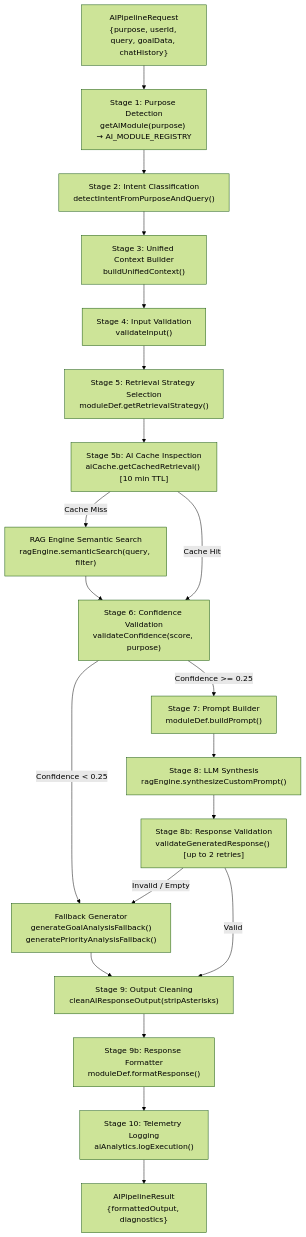
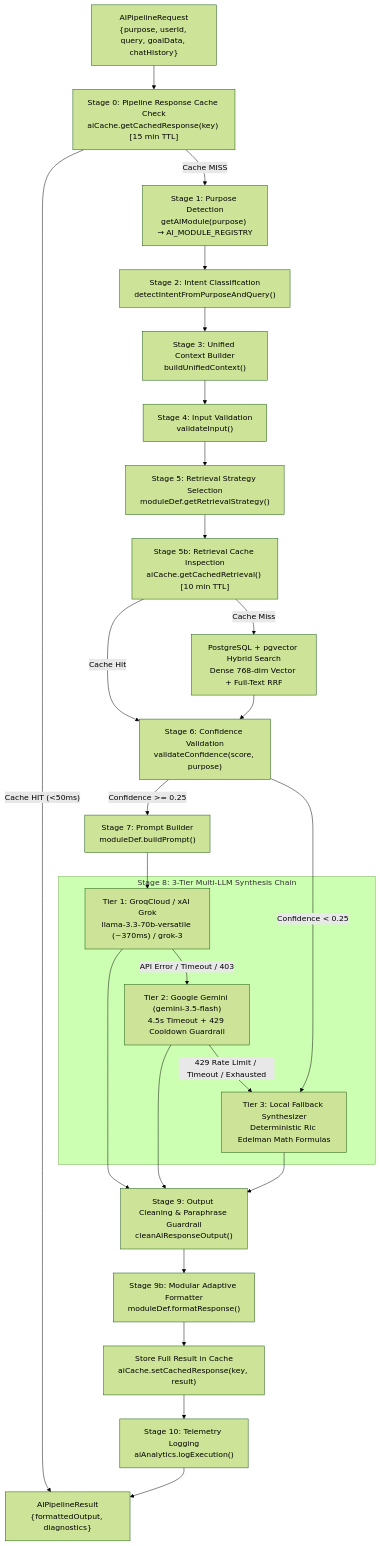
One commit to AbhayBhise/Personal-Wealth-Management-Module--Weallth changed the fourth of 9 diagrams in PROJECT_DOCUMENTATION.md. Above: the diagram before and after it, drawn with Mermaid (forest theme). The commit also changed other lines of this file and 3 other files, not shown here.

Commit message:
docs: update PROJECT_DOCUMENTATION.md and README.md with 3-tier LLM fallback, pgvector, and caching architecture

````diff
--- a/PROJECT_DOCUMENTATION.md
+++ b/PROJECT_DOCUMENTATION.md
@@ -570,40 +572,50 @@
 ```mermaid
 graph TB
     REQUEST["AIPipelineRequest<br/>{purpose, userId, query, goalData, chatHistory}"]
+    CACHE_CHECK["Stage 0: Pipeline Response Cache Check<br/>aiCache.getCachedResponse(key) [15 min TTL]"]
     STAGE1["Stage 1: Purpose Detection<br/>getAIModule(purpose) → AI_MODULE_REGISTRY"]
     STAGE2["Stage 2: Intent Classification<br/>detectIntentFromPurposeAndQuery()"]
     STAGE3["Stage 3: Unified Context Builder<br/>buildUnifiedContext()"]
     STAGE4["Stage 4: Input Validation<br/>validateInput()"]
     STAGE5["Stage 5: Retrieval Strategy Selection<br/>moduleDef.getRetrievalStrategy()"]
-    CACHE["Stage 5b: AI Cache Inspection<br/>aiCache.getCachedRetrieval() [10 min TTL]"]
-    RETRIEVAL["RAG Engine Semantic Search<br/>ragEngine.semanticSearch(query, filter)"]
+    RET_CACHE["Stage 5b: Retrieval Cache Inspection<br/>aiCache.getCachedRetrieval() [10 min TTL]"]
+    RETRIEVAL["PostgreSQL + pgvector Hybrid Search<br/>Dense 768-dim Vector + Full-Text RRF"]
     STAGE6["Stage 6: Confidence Validation<br/>validateConfidence(score, purpose)"]
     STAGE7["Stage 7: Prompt Builder<br/>moduleDef.buildPrompt()"]
-    STAGE8["Stage 8: LLM Synthesis<br/>ragEngine.synthesizeCustomPrompt()"]
-    VALIDATE["Stage 8b: Response Validation<br/>validateGeneratedResponse() [up to 2 retries]"]
-    FALLBACK["Fallback Generator<br/>generateGoalAnalysisFallback()<br/>generatePriorityAnalysisFallback()"]
-    STAGE9["Stage 9: Output Cleaning<br/>cleanAIResponseOutput(stripAsterisks)"]
-    FORMAT["Stage 9b: Response Formatter<br/>moduleDef.formatResponse()"]
+    
+    subgraph "Stage 8: 3-Tier Multi-LLM Synthesis Chain"
+        TIER1["Tier 1: GroqCloud / xAI Grok<br/>llama-3.3-70b-versatile (~370ms) / grok-3"]
+        TIER2["Tier 2: Google Gemini (gemini-3.5-flash)<br/>4.5s Timeout + 429 Cooldown Guardrail"]
+        TIER3["Tier 3: Local Fallback Synthesizer<br/>Deterministic Ric Edelman Math Formulas"]
+        TIER1 -->|"API Error / Timeout / 403"| TIER2
+        TIER2 -->|"429 Rate Limit / Timeout / Exhausted"| TIER3
+    end
+    
+    STAGE9["Stage 9: Output Cleaning & Paraphrase Guardrail<br/>cleanAIResponseOutput()"]
+    FORMAT["Stage 9b: Modular Adaptive Formatter<br/>moduleDef.formatResponse()"]
+    STORE_CACHE["Store Full Result in Cache<br/>aiCache.setCachedResponse(key, result)"]
     ANALYTICS["Stage 10: Telemetry Logging<br/>aiAnalytics.logExecution()"]
     RESULT["AIPipelineResult<br/>{formattedOutput, diagnostics}"]
 
-    REQUEST --> STAGE1
+    REQUEST --> CACHE_CHECK
+    CACHE_CHECK -->|"Cache HIT (<50ms)"| RESULT
+    CACHE_CHECK -->|"Cache MISS"| STAGE1
     STAGE1 --> STAGE2
     STAGE2 --> STAGE3
     STAGE3 --> STAGE4
     STAGE4 --> STAGE5
-    STAGE5 --> CACHE
-    CACHE -->|"Cache Miss"| RETRIEVAL
-    CACHE -->|"Cache Hit"| STAGE6
+    STAGE5 --> RET_CACHE
+    RET_CACHE -->|"Cache Miss"| RETRIEVAL
+    RET_CACHE -->|"Cache Hit"| STAGE6
     RETRIEVAL --> STAGE6
-    STAGE6 -->|"Confidence < 0.25"| FALLBACK
+    STAGE6 -->|"Confidence < 0.25"| TIER3
     STAGE6 -->|"Confidence >= 0.25"| STAGE7
-    STAGE7 --> STAGE8
-    STAGE8 --> VALIDATE
-    VALIDATE -->|"Invalid / Empty"| FALLBACK
-    VALIDATE -->|"Valid"| STAGE9
-    FALLBACK --> STAGE9
+    STAGE7 --> TIER1
+    TIER1 --> STAGE9
+    TIER2 --> STAGE9
+    TIER3 --> STAGE9
     STAGE9 --> FORMAT
-    FORMAT --> ANALYTICS
+    FORMAT --> STORE_CACHE
+    STORE_CACHE --> ANALYTICS
     ANALYTICS --> RESULT
 ```
````
